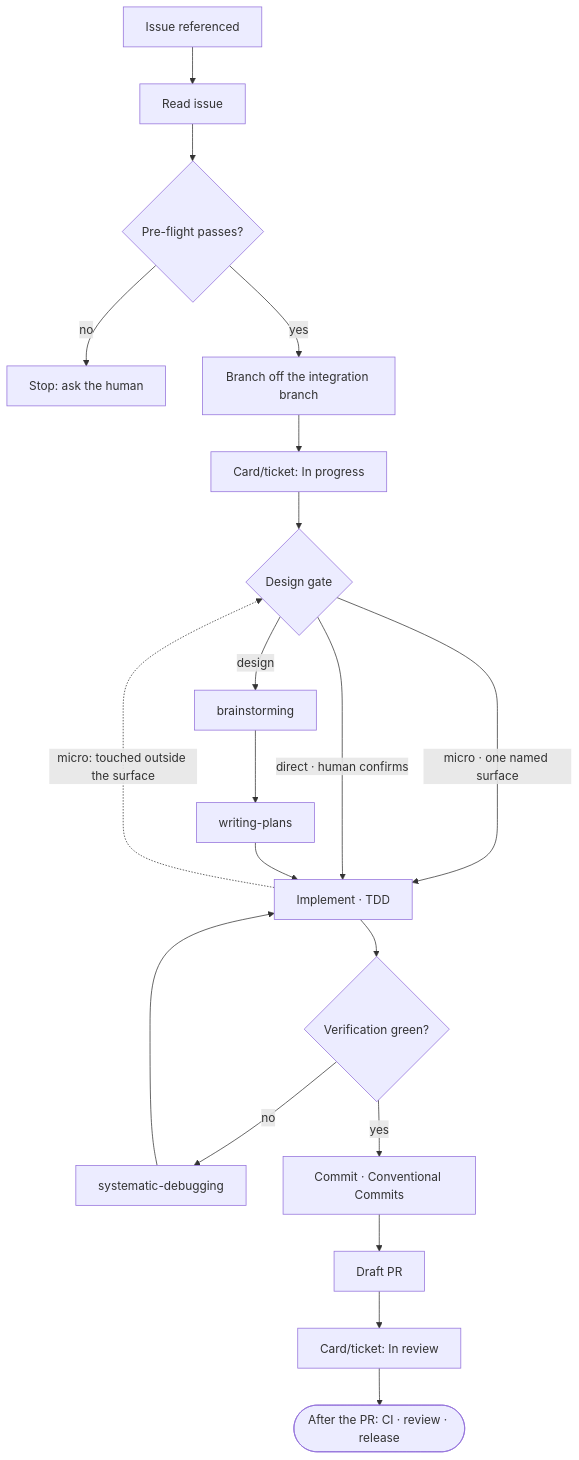
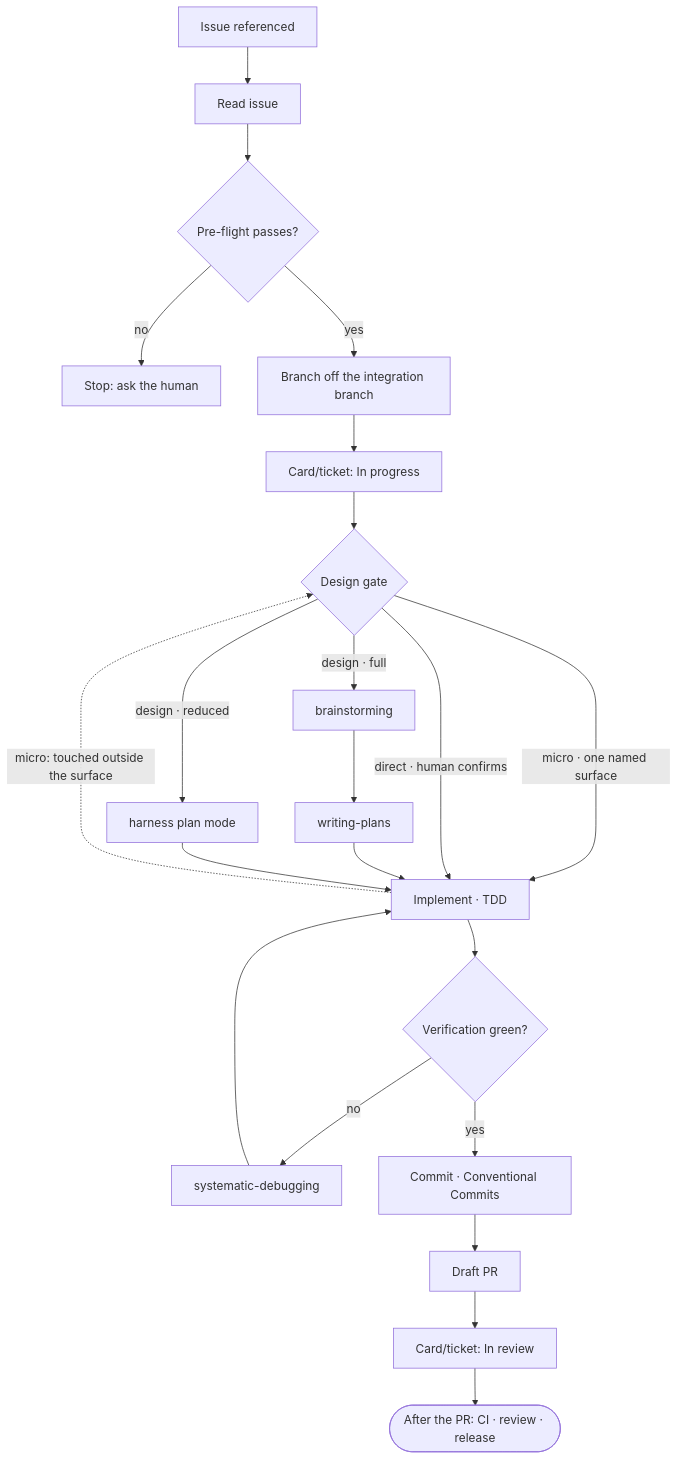
The diagram in plugins/apptension-sdlc/skills/dev-flow/SKILL.md (apptension/apptension-sdlc), drawn with Mermaid before and after one commit. The commit also changed other lines of this file and 41 other files, not shown here.

````diff
--- a/plugins/apptension-sdlc/skills/dev-flow/SKILL.md
+++ b/plugins/apptension-sdlc/skills/dev-flow/SKILL.md
@@ -64,19 +64,20 @@
 ```mermaid
 flowchart TD
     A[Issue referenced] --> B[Read issue]
     B --> C{Pre-flight passes?}
     C -- no --> STOP[Stop: ask the human]
     C -- yes --> D[Branch off the integration branch]
     D --> E[Card/ticket: In progress]
     E --> F{Design gate}
     F -- micro · one named surface --> I[Implement · TDD]
     F -- direct · human confirms --> I
-    F -- design --> G[brainstorming] --> H[writing-plans] --> I
+    F -- design · full --> G[brainstorming] --> H[writing-plans] --> I
+    F -- design · reduced --> P[harness plan mode] --> I
     I -. micro: touched outside the surface .-> F
     I --> J{Verification green?}
     J -- no --> K[systematic-debugging] --> I
     J -- yes --> L[Commit · Conventional Commits]
     L --> M[Draft PR]
     M --> N[Card/ticket: In review]
     N --> O([After the PR: CI · review · release])
 ```
````
